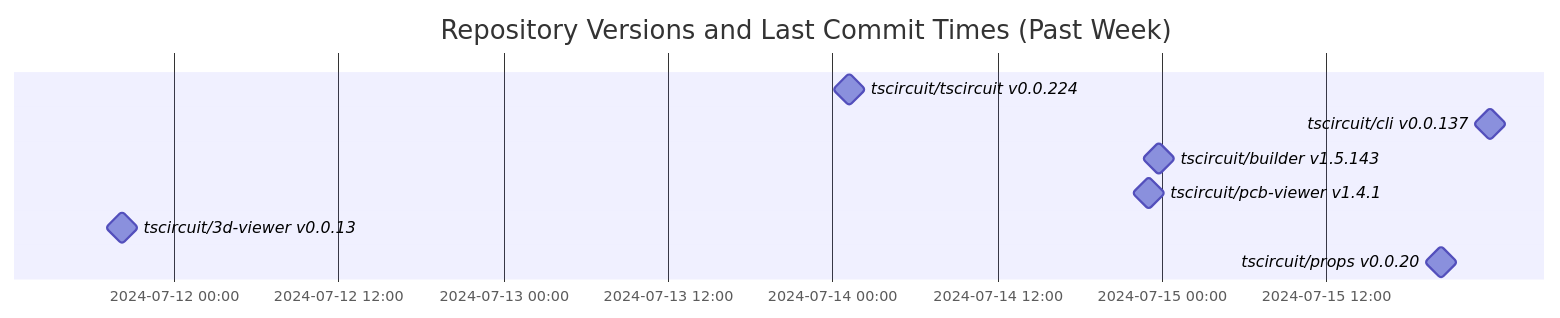
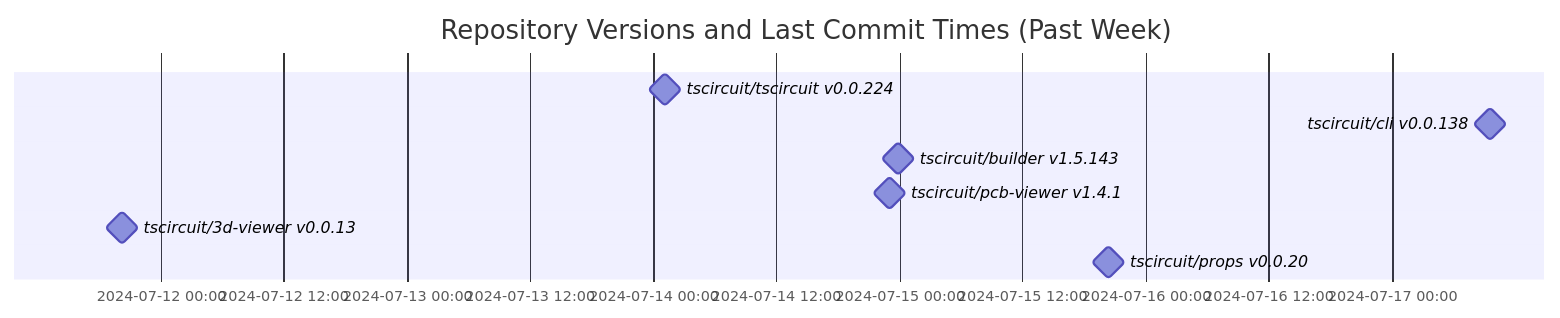
One commit to tscircuit/version-tracker changed the diagram in README.md. Above: the diagram before and after it, drawn with Mermaid.

Commit message:
Update chart

````diff
--- a/README.md
+++ b/README.md
@@ -1,13 +1,13 @@
 ```mermaid
 gantt
   dateFormat  YYYY-MM-DD HH:mm:ss
   title Repository Versions and Last Commit Times (Past Week)
   axisFormat %Y-%m-%d %H:%M
 
   tscircuit/tscircuit v0.0.224 : milestone, 2024-07-14 01:11:10, 1s
-  tscircuit/cli v0.0.137 : milestone, 2024-07-15 23:56:40, 1s
+  tscircuit/cli v0.0.138 : milestone, 2024-07-17 09:35:36, 1s
   tscircuit/builder v1.5.143 : milestone, 2024-07-14 23:49:38, 1s
   tscircuit/pcb-viewer v1.4.1 : milestone, 2024-07-14 23:05:20, 1s
   tscircuit/3d-viewer v0.0.13 : milestone, 2024-07-11 20:12:35, 1s
   tscircuit/props v0.0.20 : milestone, 2024-07-15 20:19:59, 1s
 ```
````
